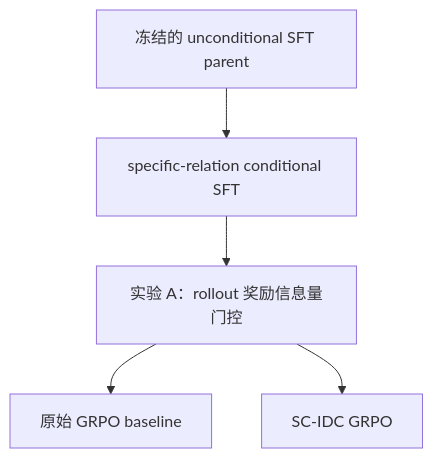
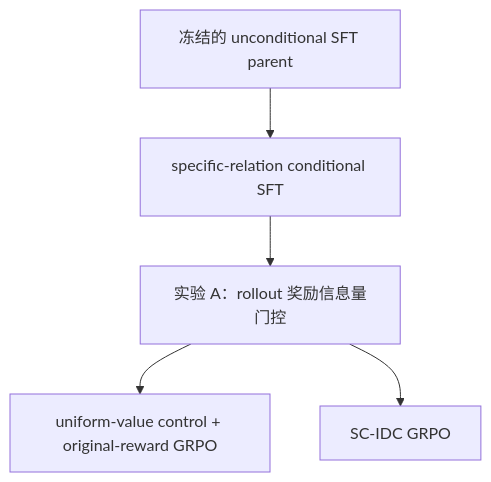
The diagram in worklogs/SC-IDC/innovate_proposal.md (bigbiginsect/CtrlHGen), drawn with Mermaid before and after one commit. The commit also changed other lines of this file and 2 other files, not shown here.

````diff
--- a/worklogs/SC-IDC/innovate_proposal.md
+++ b/worklogs/SC-IDC/innovate_proposal.md
@@ -328,7 +387,7 @@
 ```mermaid
 flowchart TD
     U["冻结的 unconditional SFT parent"] --> S["specific-relation conditional SFT"]
     S --> A["实验 A：rollout 奖励信息量门控"]
-    A --> B["原始 GRPO baseline"]
+    A --> B["uniform-value control + original-reward GRPO"]
     A --> C["SC-IDC GRPO"]
 ```
````
